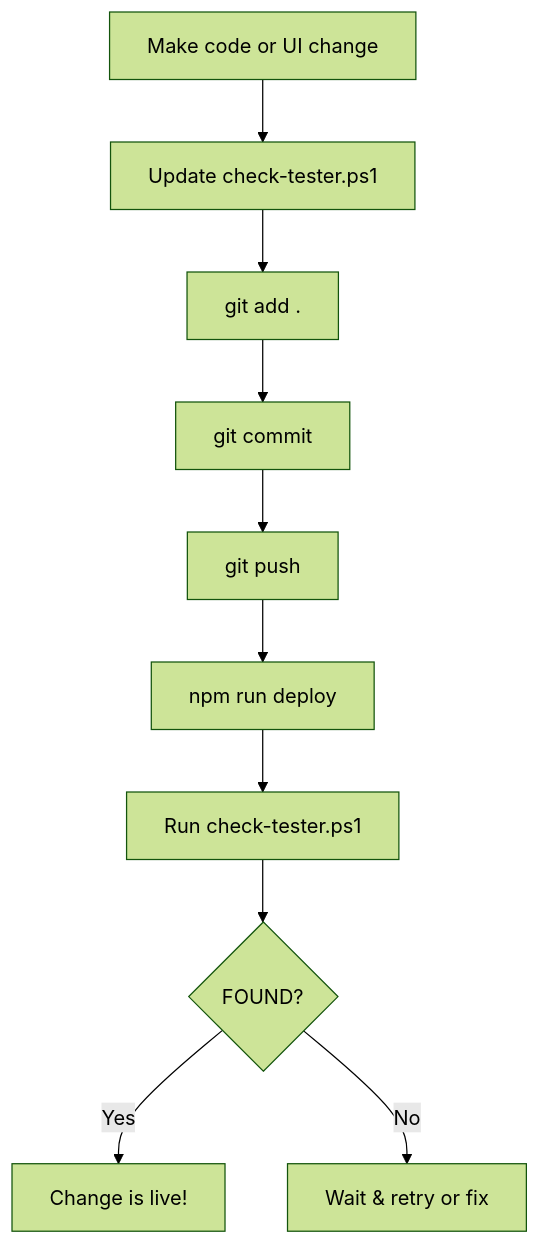
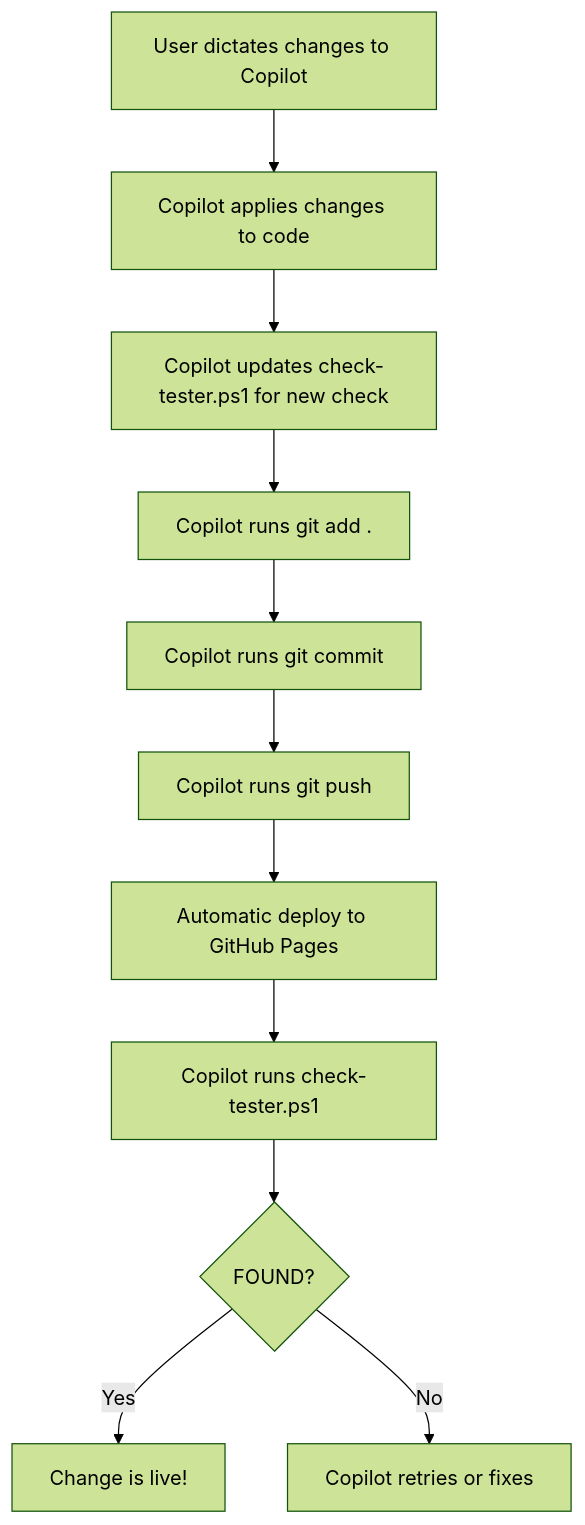
One commit to shapez0r/agentai_repo changed the second of 2 diagrams in README.md. Above: the diagram before and after it, drawn with Mermaid (forest theme). The commit also changed other lines of this file, not shown here.

Commit message:
docs: update README to reflect fully automated Copilot-driven workflow

````diff
--- a/README.md
+++ b/README.md
@@ -65,12 +65,13 @@
 ```mermaid
 flowchart TD
-    A[Make code or UI change] --> B[Update check-tester.ps1]
-    B --> C[git add .]
-    C --> D[git commit]
-    D --> E[git push]
-    E --> F[npm run deploy]
-    F --> G[Run check-tester.ps1]
-    G --> H{FOUND?}
-    H -- Yes --> I[Change is live!]
-    H -- No --> J[Wait & retry or fix]
+    A[User dictates changes to Copilot] --> B[Copilot applies changes to code]
+    B --> C[Copilot updates check-tester.ps1 for new check]
+    C --> D[Copilot runs git add .]
+    D --> E[Copilot runs git commit]
+    E --> F[Copilot runs git push]
+    F --> G[Automatic deploy to GitHub Pages]
+    G --> H[Copilot runs check-tester.ps1]
+    H --> I{FOUND?}
+    I -- Yes --> J[Change is live!]
+    I -- No --> K[Copilot retries or fixes]
 ```
````
